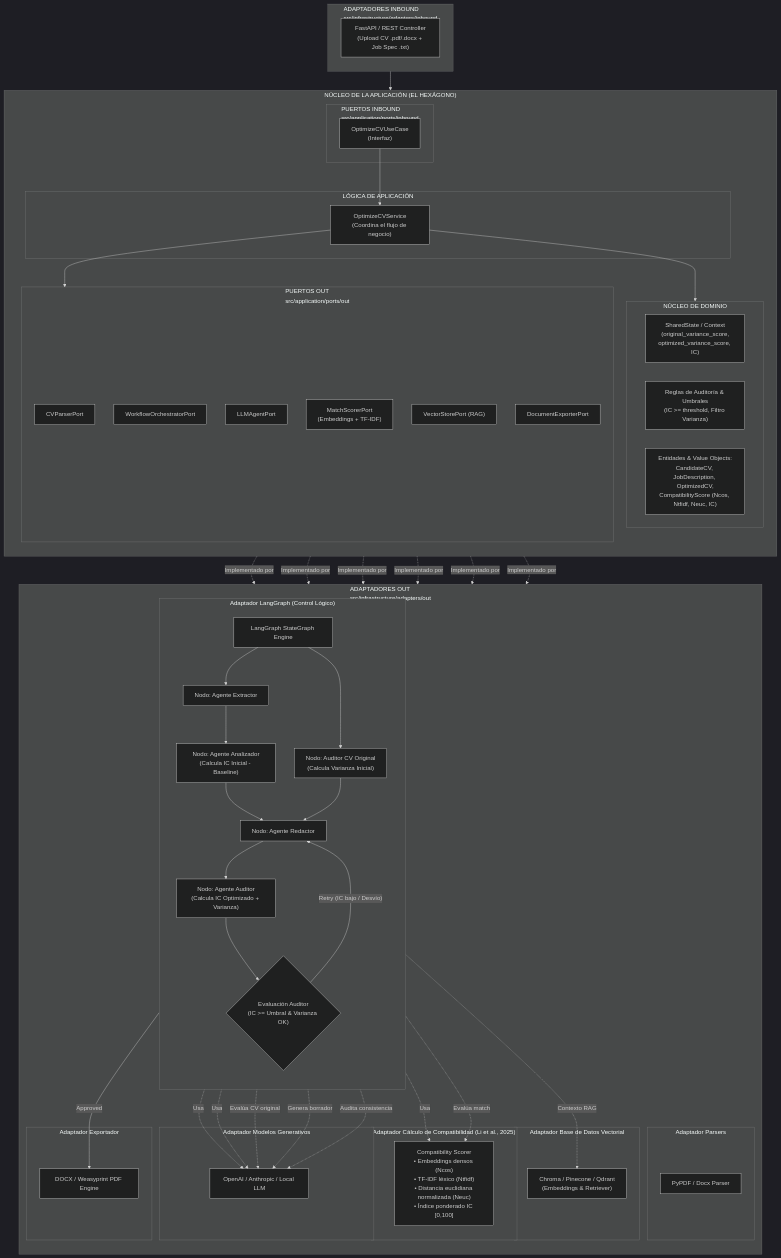
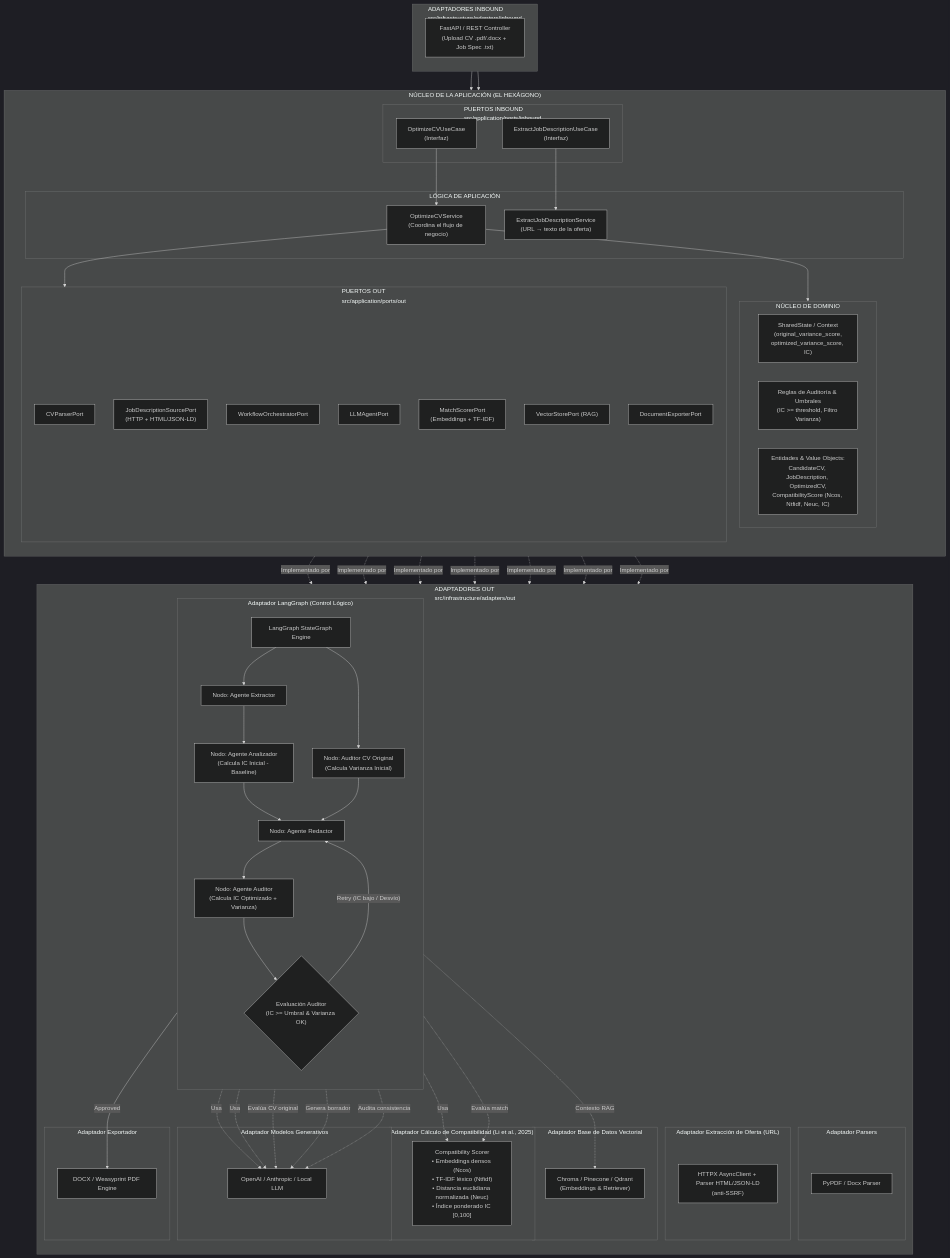
One commit to papopapota/cv-aligner-ai-backend changed the diagram in arquitectura-tecnica-mermaid.md. Above: the diagram before and after it, drawn with Mermaid (dark theme). The commit also changed 25 other files, not shown here.

Commit message:
feat(job-description): extraer descripción URL

```diff
--- a/arquitectura-tecnica-mermaid.md
+++ b/arquitectura-tecnica-mermaid.md
@@ -16,10 +16,12 @@
         
         subgraph PortsIn["PUERTOS INBOUND<br/>src/application/ports/inbound"]
             P_In["OptimizeCVUseCase<br/>(Interfaz)"]
+            P_Extract["ExtractJobDescriptionUseCase<br/>(Interfaz)"]
         end
 
         subgraph Application["LÓGICA DE APLICACIÓN"]
             Service["OptimizeCVService<br/>(Coordina el flujo de negocio)"]
+            ExtractService["ExtractJobDescriptionService<br/>(URL → texto de la oferta)"]
         end
 
         subgraph Domain["NÚCLEO DE DOMINIO"]
@@ -30,6 +32,7 @@
 
         subgraph PortsOut["PUERTOS OUT<br/>src/application/ports/out"]
             P_Parser["CVParserPort"]
+            P_Source["JobDescriptionSourcePort<br/>(HTTP + HTML/JSON-LD)"]
             P_Graph["WorkflowOrchestratorPort"]
             P_LLM["LLMAgentPort"]
             P_Scorer["MatchScorerPort<br/>(Embeddings + TF-IDF)"]
@@ -38,6 +41,7 @@
         end
 
         P_In --> Service
+        P_Extract --> ExtractService
         Service --> Domain
         Service --> PortsOut
     end
@@ -50,6 +54,10 @@
 
         subgraph AdapterParsers["Adaptador Parsers"]
             PDFParser["PyPDF / Docx Parser"]
+        end
+
+        subgraph AdapterJobSource["Adaptador Extracción de Oferta (URL)"]
+            WebFetch["HTTPX AsyncClient + Parser HTML/JSON-LD<br/>(anti-SSRF)"]
         end
 
         subgraph AdapterGraph["Adaptador LangGraph (Control Lógico)"]
@@ -87,9 +95,11 @@
 
     %% Conexiones Primarias
     API --> P_In
+    API --> P_Extract
 
     %% Conexiones Secundarias (Puertos a Adaptadores)
     P_Parser -. Implementado por .-> PDFParser
+    P_Source -. Implementado por .-> WebFetch
     P_Graph -. Implementado por .-> LG_Engine
     P_LLM -. Implementado por .-> LLM_API
     P_Scorer -. Implementado por .-> ScorerEngine
```
